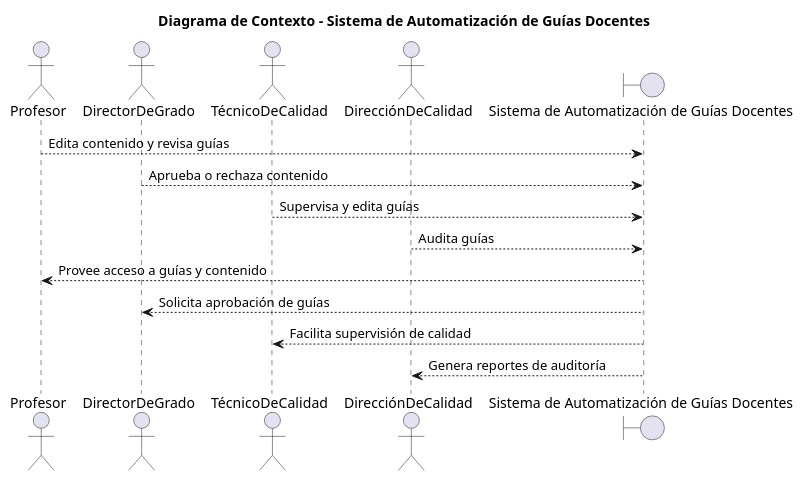
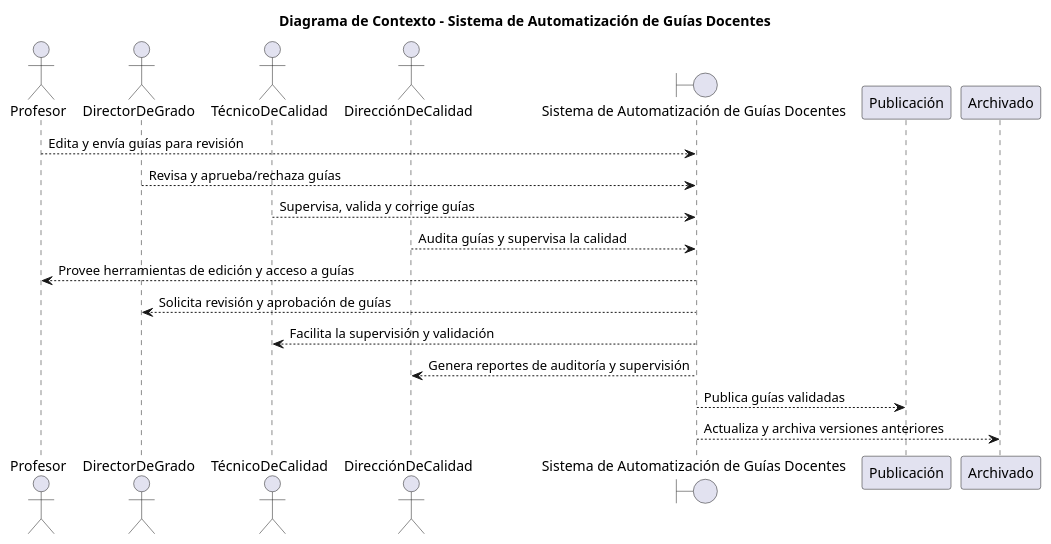
The diagram in CasosDeUso/diagramaDeContexto/DiagramaDeContexto.puml (mmasias/24-25-IdSw1-SDR), drawn with PlantUML before and after one commit.

Commit message:
Diagrama de contexto segunda iteracion

```diff
--- a/CasosDeUso/diagramaDeContexto/DiagramaDeContexto.puml
+++ b/CasosDeUso/diagramaDeContexto/DiagramaDeContexto.puml
@@ -1,21 +1,24 @@
 @startuml DiagramaDeContexto
 title Diagrama de Contexto - Sistema de Automatización de Guías Docentes
 
 actor Profesor as prof
 actor DirectorDeGrado as dirGrado
 actor TécnicoDeCalidad as tecCalidad
 actor DirecciónDeCalidad as dirCalidad
 
 boundary "Sistema de Automatización de Guías Docentes" as Sistema
 
-prof --> Sistema : Edita contenido y revisa guías
-dirGrado --> Sistema : Aprueba o rechaza contenido
-tecCalidad --> Sistema : Supervisa y edita guías
-dirCalidad --> Sistema : Audita guías
+prof --> Sistema : Edita y envía guías para revisión
+dirGrado --> Sistema : Revisa y aprueba/rechaza guías
+tecCalidad --> Sistema : Supervisa, valida y corrige guías
+dirCalidad --> Sistema : Audita guías y supervisa la calidad
 
-Sistema --> prof : Provee acceso a guías y contenido
-Sistema --> dirGrado : Solicita aprobación de guías
-Sistema --> tecCalidad : Facilita supervisión de calidad
-Sistema --> dirCalidad : Genera reportes de auditoría
+Sistema --> prof : Provee herramientas de edición y acceso a guías
+Sistema --> dirGrado : Solicita revisión y aprobación de guías
+Sistema --> tecCalidad : Facilita la supervisión y validación
+Sistema --> dirCalidad : Genera reportes de auditoría y supervisión
+
+Sistema --> Publicación : Publica guías validadas
+Sistema --> Archivado : Actualiza y archiva versiones anteriores
 
 @enduml
```
